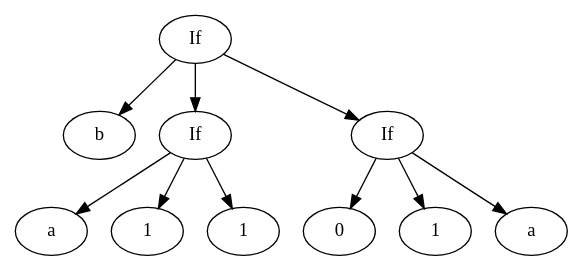
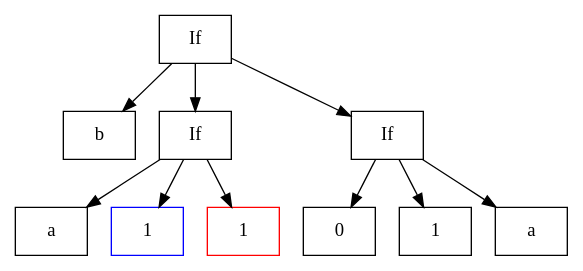
One commit to chathamabate/youtube-misc changed the diagram in boolreduce/graphs/eval4.gv. Above: the diagram before and after it, drawn with Graphviz. The commit also changed 17 other files, not shown here.

```diff
--- a/boolreduce/graphs/eval4.gv
+++ b/boolreduce/graphs/eval4.gv
@@ -1,23 +1,25 @@
 
 // Eval 4
 digraph G {
+    node [shape = "box"]
+
     n0 [label="If"];
     n0 -> n1;
     n1 [label="b"];
     n0 -> n2;
     n2 [label="If"];
     n2 -> n3;
     n3 [label="a"];
     n2 -> n4;
-    n4 [label="1"];
+    n4 [label="1" color = "blue"];
     n2 -> n5;
-    n5 [label="1"];
+    n5 [label="1" color = "red"];
     n0 -> n6;
     n6 [label="If"];
     n6 -> n7;
     n7 [label="0"];
     n6 -> n8;
     n8 [label="1"];
     n6 -> n9;
     n9 [label="a"];
 }
```
